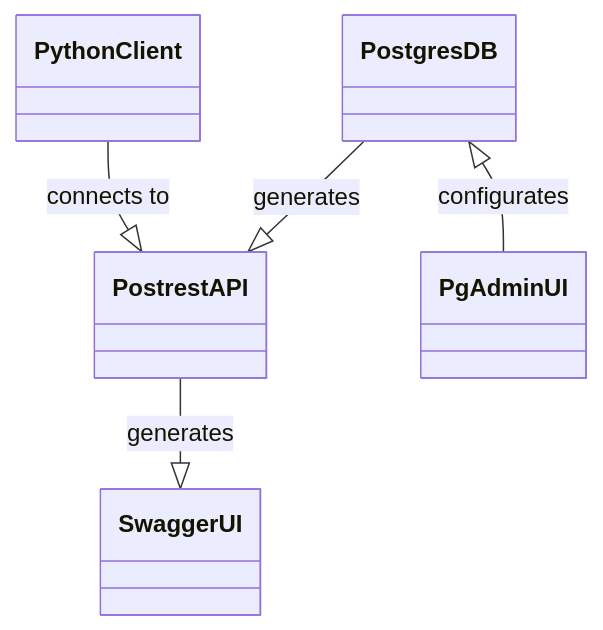
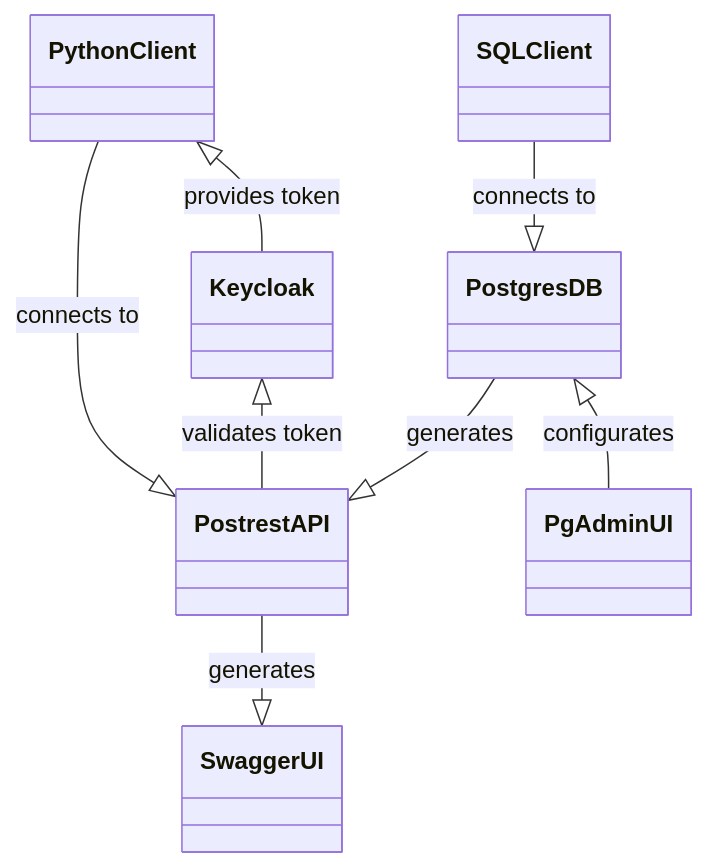
One commit to opensemanticworld/pgstack changed the diagram in README.md. Above: the diagram before and after it, drawn with Mermaid. The commit also changed other lines of this file and 2 other files, not shown here.

Commit message:
docs: add keycloak login page

````diff
--- a/README.md
+++ b/README.md
@@ -9,7 +10,10 @@
 ```mermaid
 classDiagram
     PostgresDB --|> PostrestAPI : generates
     PostrestAPI --|> SwaggerUI : generates
     PostgresDB  <|-- PgAdminUI : configurates
     PythonClient --|> PostrestAPI : connects to
+    PythonClient <|-- Keycloak : provides token
+    Keycloak <|-- PostrestAPI : validates token
+    SQLClient --|> PostgresDB : connects to
 ```
````
